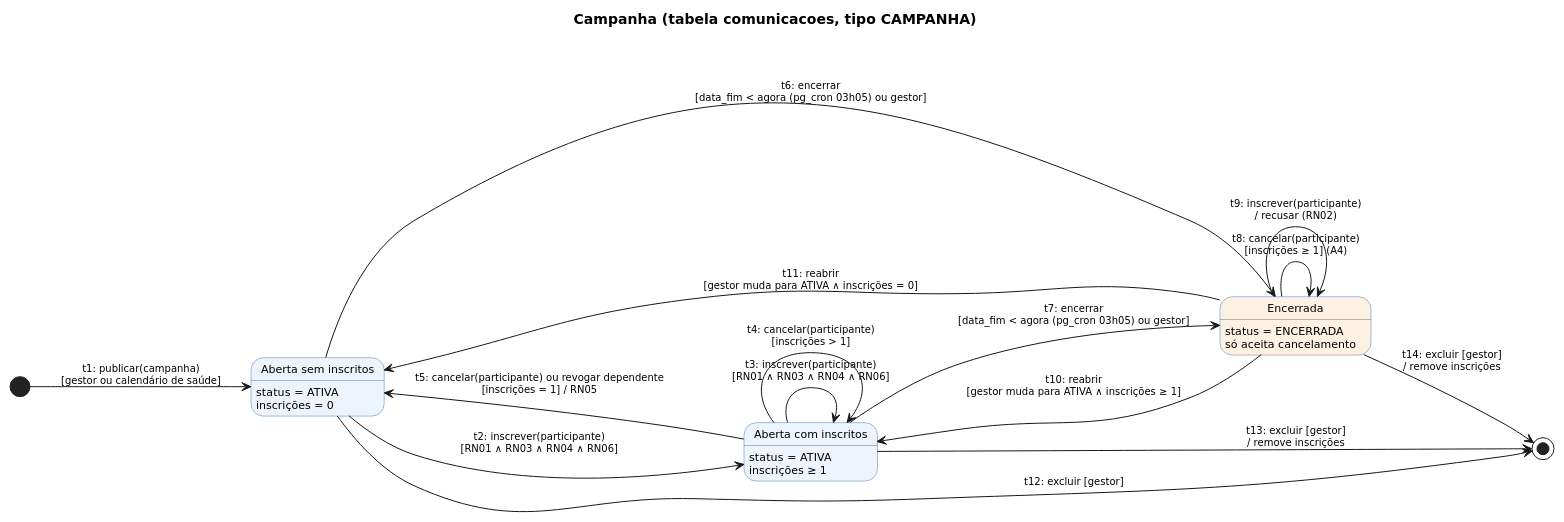
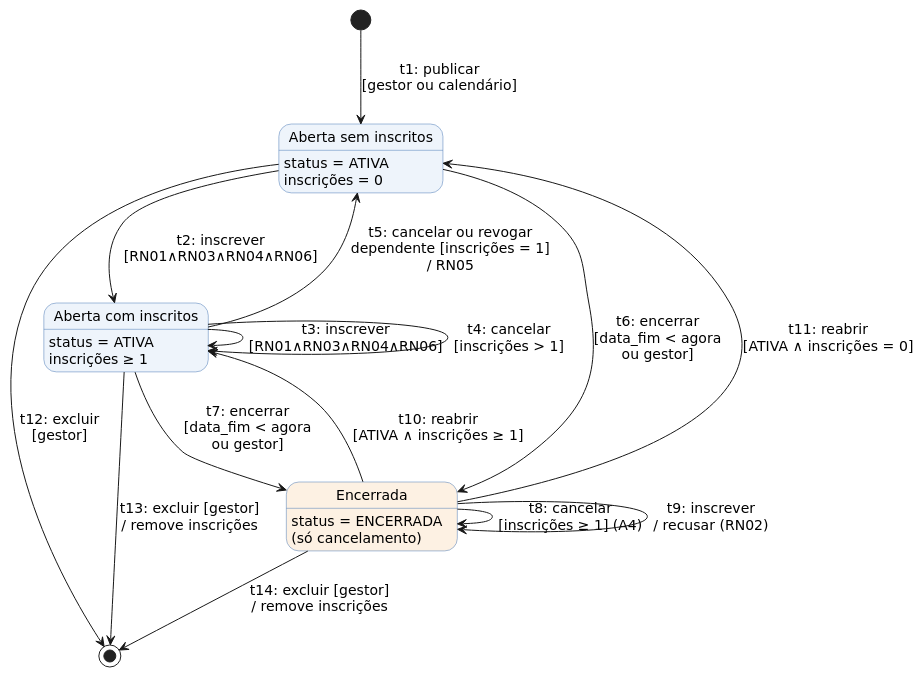
Before and after one commit to Conecta-Vida/Conecta-Vida-Mobile: the diagram in qualidade/diagramas/ex05_estados.puml, drawn with PlantUML. The commit also changed 27 other files, not shown here.

Commit message:
docs(qualidade): diagramas legíveis (classes em 2 partes, arquitetura, GFC por blocos, engenharia reversa em 3 partes)

```diff
--- a/qualidade/diagramas/ex05_estados.puml
+++ b/qualidade/diagramas/ex05_estados.puml
@@ -1,30 +1,32 @@
 @startuml ex05_estados_uml
 ' Exercício 5 - Diagrama de Transição de Estados (UML) do objeto Campanha
+' (tabela comunicacoes, tipo CAMPANHA). Transições no formato evento [guarda] / ação.
 skinparam defaultFontName DejaVu Sans
-skinparam defaultFontSize 11
+skinparam defaultFontSize 15
+skinparam StateFontSize 16
+skinparam StateAttributeFontSize 14
+skinparam ArrowFontSize 14
 skinparam StateBackgroundColor #EEF4FB
 skinparam StateBorderColor #4A78B5
-skinparam ArrowFontSize 10
-left to right direction
 hide empty description
-title Campanha (tabela comunicacoes, tipo CAMPANHA)
+top to bottom direction
 
 state "Aberta sem inscritos" as E1 : status = ATIVA\ninscrições = 0
 state "Aberta com inscritos" as E2 : status = ATIVA\ninscrições ≥ 1
-state "Encerrada" as E3 #FDF1E3 : status = ENCERRADA\nsó aceita cancelamento
+state "Encerrada" as E3 #FDF1E3 : status = ENCERRADA\n(só cancelamento)
 
-[*] --> E1 : t1: publicar(campanha)\n[gestor ou calendário de saúde]
-E1 --> E2 : t2: inscrever(participante)\n[RN01 ∧ RN03 ∧ RN04 ∧ RN06]
-E2 --> E2 : t3: inscrever(participante)\n[RN01 ∧ RN03 ∧ RN04 ∧ RN06]
-E2 --> E2 : t4: cancelar(participante)\n[inscrições > 1]
-E2 --> E1 : t5: cancelar(participante) ou revogar dependente\n[inscrições = 1] / RN05
-E1 --> E3 : t6: encerrar\n[data_fim < agora (pg_cron 03h05) ou gestor]
-E2 --> E3 : t7: encerrar\n[data_fim < agora (pg_cron 03h05) ou gestor]
-E3 --> E3 : t8: cancelar(participante)\n[inscrições ≥ 1] (A4)
-E3 --> E3 : t9: inscrever(participante)\n/ recusar (RN02)
-E3 --> E2 : t10: reabrir\n[gestor muda para ATIVA ∧ inscrições ≥ 1]
-E3 --> E1 : t11: reabrir\n[gestor muda para ATIVA ∧ inscrições = 0]
-E1 --> [*] : t12: excluir [gestor]
+[*] --> E1 : t1: publicar\n[gestor ou calendário]
+E1 --> E2 : t2: inscrever\n[RN01∧RN03∧RN04∧RN06]
+E2 --> E2 : t3: inscrever\n[RN01∧RN03∧RN04∧RN06]
+E2 --> E2 : t4: cancelar\n[inscrições > 1]
+E2 --> E1 : t5: cancelar ou revogar\ndependente [inscrições = 1]\n/ RN05
+E1 --> E3 : t6: encerrar\n[data_fim < agora\nou gestor]
+E2 --> E3 : t7: encerrar\n[data_fim < agora\nou gestor]
+E3 --> E3 : t8: cancelar\n[inscrições ≥ 1] (A4)
+E3 --> E3 : t9: inscrever\n/ recusar (RN02)
+E3 --> E2 : t10: reabrir\n[ATIVA ∧ inscrições ≥ 1]
+E3 --> E1 : t11: reabrir\n[ATIVA ∧ inscrições = 0]
+E1 --> [*] : t12: excluir\n[gestor]
 E2 --> [*] : t13: excluir [gestor]\n/ remove inscrições
 E3 --> [*] : t14: excluir [gestor]\n/ remove inscrições
 @enduml
```
